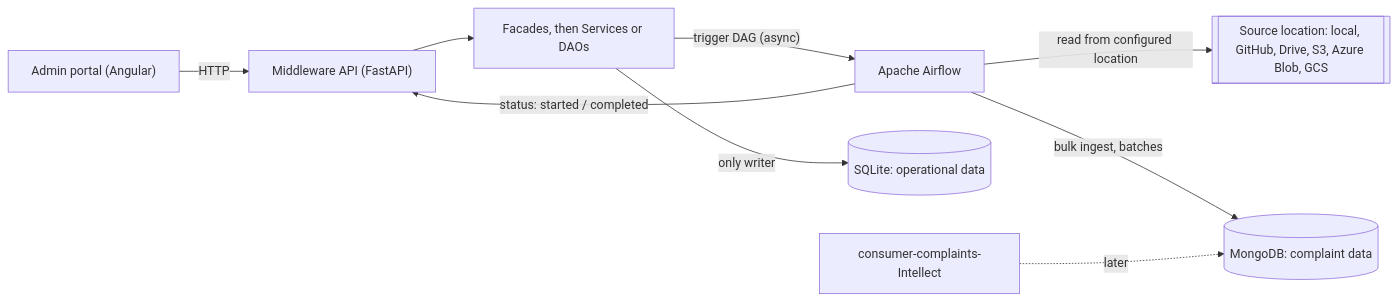
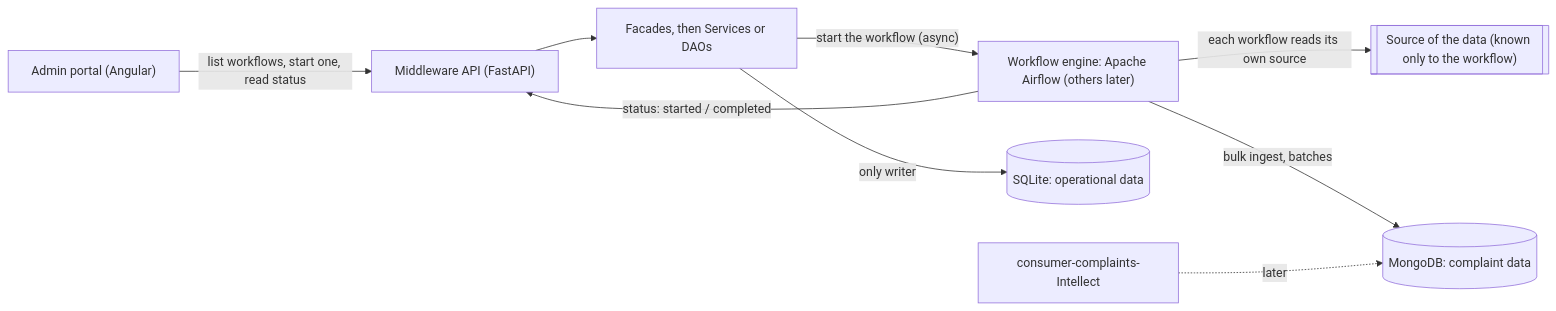
One commit to javakishore-veleti/Consumer-Complaints-Agentic-App changed the first of 2 diagrams in Middleware/ConsumerComplaintsHandsOn/ARCHITECTURE.md. Above: the diagram before and after it, drawn with Mermaid. The commit also changed other lines of this file and 2 other files, not shown here.

Commit message:
M02-0012 #47: record the workflow registry design (D43 to D45), drop source locations

````diff
--- a/Middleware/ConsumerComplaintsHandsOn/ARCHITECTURE.md
+++ b/Middleware/ConsumerComplaintsHandsOn/ARCHITECTURE.md
@@ -11,11 +11,11 @@
 ```mermaid
 flowchart LR
-    UI["Admin portal (Angular)"] -->|HTTP| API["Middleware API (FastAPI)"]
+    UI["Admin portal (Angular)"] -->|"list workflows, start one, read status"| API["Middleware API (FastAPI)"]
     API --> FAC["Facades, then Services or DAOs"]
-    FAC -->|"trigger DAG (async)"| AF["Apache Airflow"]
+    FAC -->|"start the workflow (async)"| AF["Workflow engine: Apache Airflow (others later)"]
     FAC -->|"only writer"| SQL[("SQLite: operational data")]
     AF -->|"status: started / completed"| API
-    AF -->|"read from configured location"| SRC[["Source location: local, GitHub, Drive, S3, Azure Blob, GCS"]]
+    AF -->|"each workflow reads its own source"| SRC[["Source of the data (known only to the workflow)"]]
     AF -->|"bulk ingest, batches"| MONGO[("MongoDB: complaint data")]
     INT["consumer-complaints-Intellect"] -.->|"later"| MONGO
 ```
````
